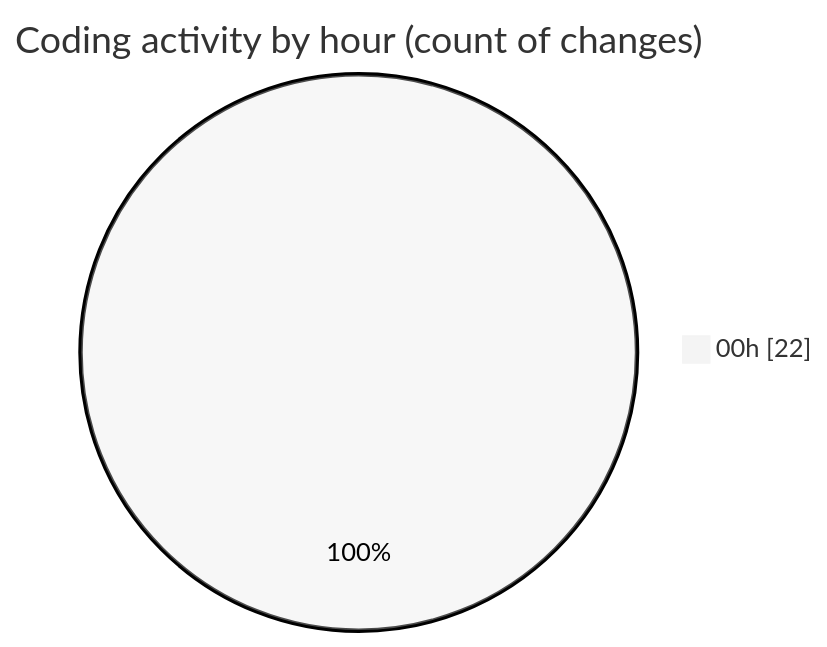
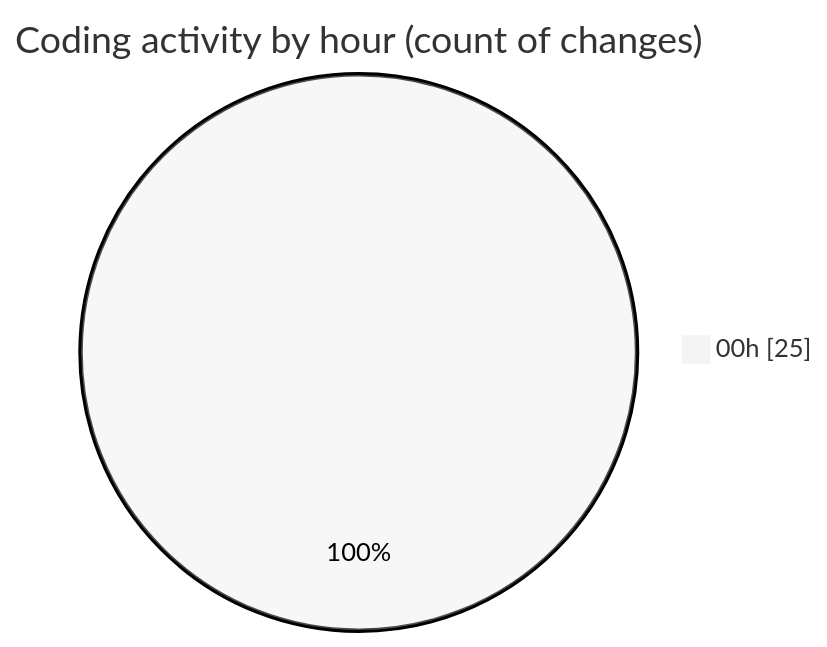
One commit to momahboobian/code-tracking changed the second of 2 diagrams in 2025-06-18/cda/README.md. Above: the diagram before and after it, drawn with Mermaid (neutral theme). The commit also changed other lines of this file and 1 other file, not shown here.

````diff
--- a/2025-06-18/cda/README.md
+++ b/2025-06-18/cda/README.md
@@ -34,5 +34,5 @@
 ```mermaid
 pie showData
 title Coding activity by hour (count of changes)
-"00h" : 22
+"00h" : 25
 ```
````
